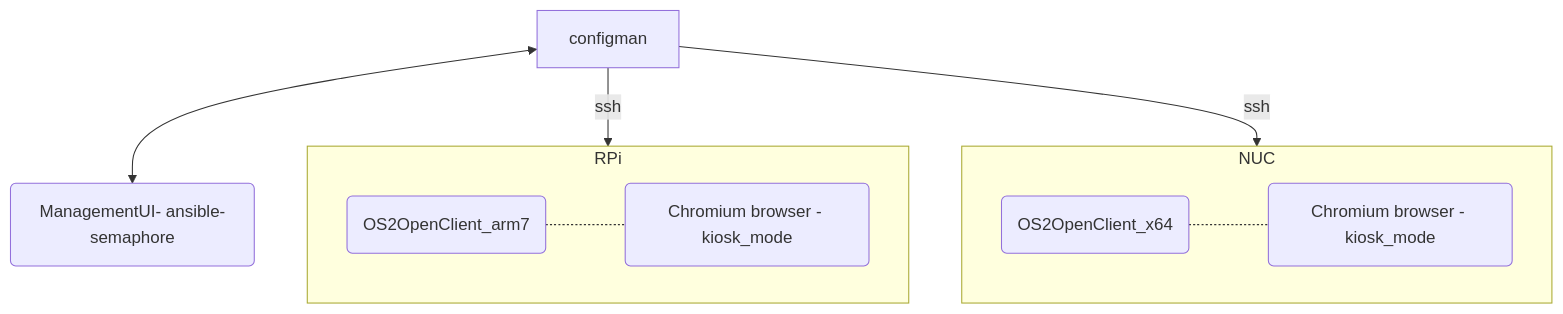
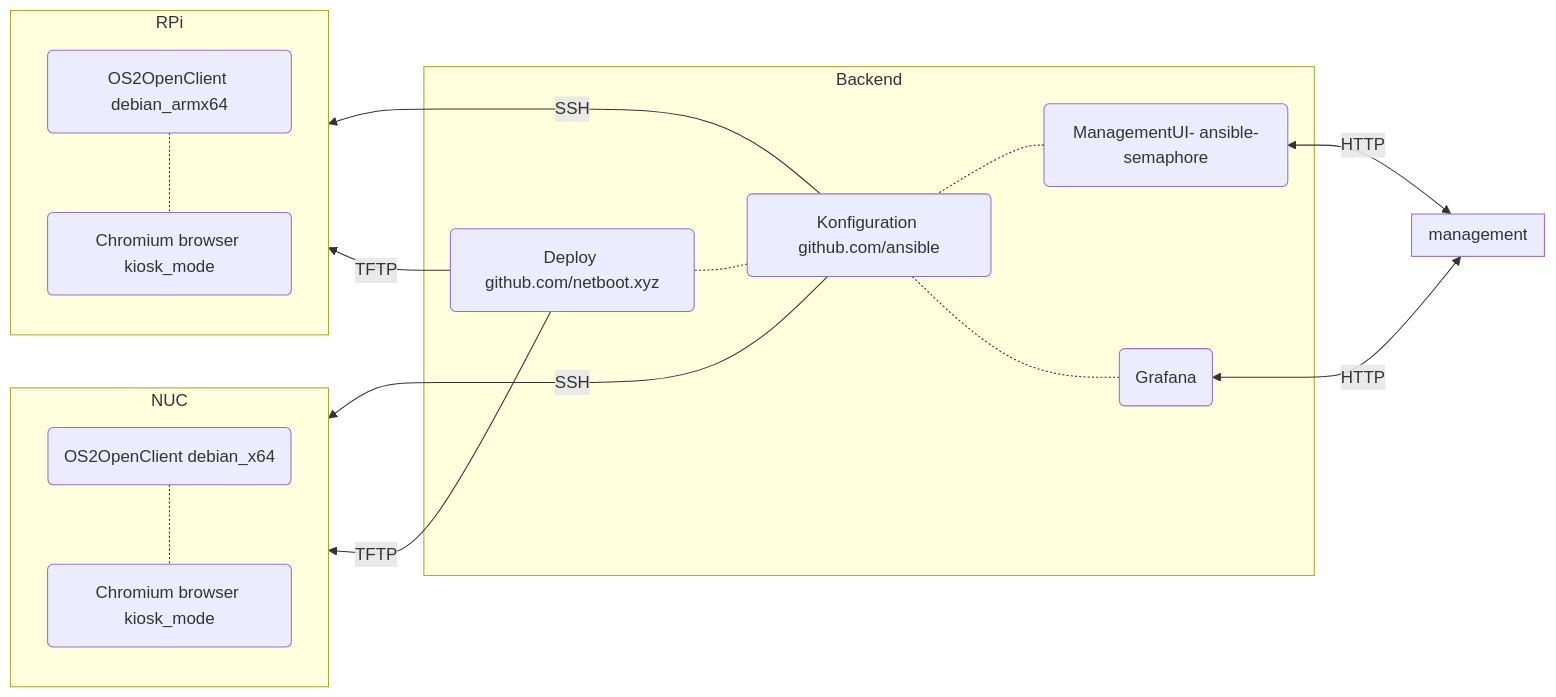
One commit to OS2sandbox/sandbox-openclient changed the diagram in README.md. Above: the diagram before and after it, drawn with Mermaid.

Commit message:
Update README.md
Grafana as suggestion for logengine

````diff
--- a/README.md
+++ b/README.md
@@ -6,19 +6,33 @@
 ```mermaid
-flowchart TB
 
-semaphore(ManagementUI- ansible-semaphore);
+graph RL
+
+subgraph management
+end
 
 subgraph NUC
-debarm(OS2OpenClient_x64)-.-
-app2(Chromium browser - kiosk_mode)
+debarm(OS2OpenClient debian_x64)-.-
+app2(Chromium browser kiosk_mode)
 end
 
+
 subgraph RPi
-debx64(OS2OpenClient_arm7)-.-
-app1(Chromium browser - kiosk_mode)
+debx64(OS2OpenClient debian_armx64)-.-
+app1(Chromium browser kiosk_mode)
 end
 
-configman<-->semaphore
-configman--ssh-->RPi & NUC
+subgraph Backend
+logengine(Grafana)
+configman(Konfiguration github.com/ansible);
+netboot(Deploy github.com/netboot.xyz);
+semaphore(ManagementUI- ansible-semaphore);
+end
+
+configman-.-netboot
+management<--HTTP-->semaphore & logengine
+configman--SSH-->RPi & NUC
+netboot--TFTP-->RPi & NUC
+semaphore & logengine-.-configman
+
 
 ```
````
